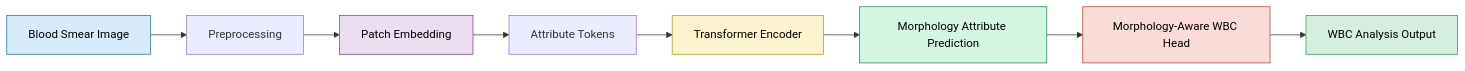
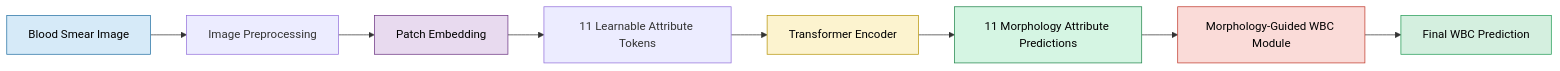
One commit to fassi182/WBC_Morphology_Analysis_with_a_MAL_ViT_Inspired_Architecture changed the first of 4 diagrams in README.md. Above: the diagram before and after it, drawn with Mermaid. The commit also changed other lines of this file, not shown here.

````diff
--- a/README.md
+++ b/README.md
@@ -57,34 +62,34 @@
 ```mermaid
 flowchart LR
 
 A["Blood Smear Image"]
 
-B["Preprocessing"]
+B["Image Preprocessing"]
 
 C["Patch Embedding"]
 
-D["Attribute Tokens"]
+D["11 Learnable Attribute Tokens"]
 
 E["Transformer Encoder"]
 
-F["Morphology Attribute Prediction"]
+F["11 Morphology Attribute Predictions"]
 
-G["Morphology-Aware WBC Head"]
+G["Morphology-Guided WBC Module"]
 
-H["WBC Analysis Output"]
+H["Final WBC Prediction"]
 
 A --> B
 B --> C
 C --> D
 D --> E
 E --> F
 F --> G
 G --> H
 
 style A fill:#D6EAF8,stroke:#2471A3,color:#000
-style C fill:#EBDEF0,stroke:#7D3C98,color:#000
+style C fill:#E8DAEF,stroke:#6C3483,color:#000
 style E fill:#FCF3CF,stroke:#B7950B,color:#000
 style F fill:#D5F5E3,stroke:#1E8449,color:#000
 style G fill:#FADBD8,stroke:#C0392B,color:#000
 style H fill:#D4EFDF,stroke:#239B56,color:#000
 ```
````
